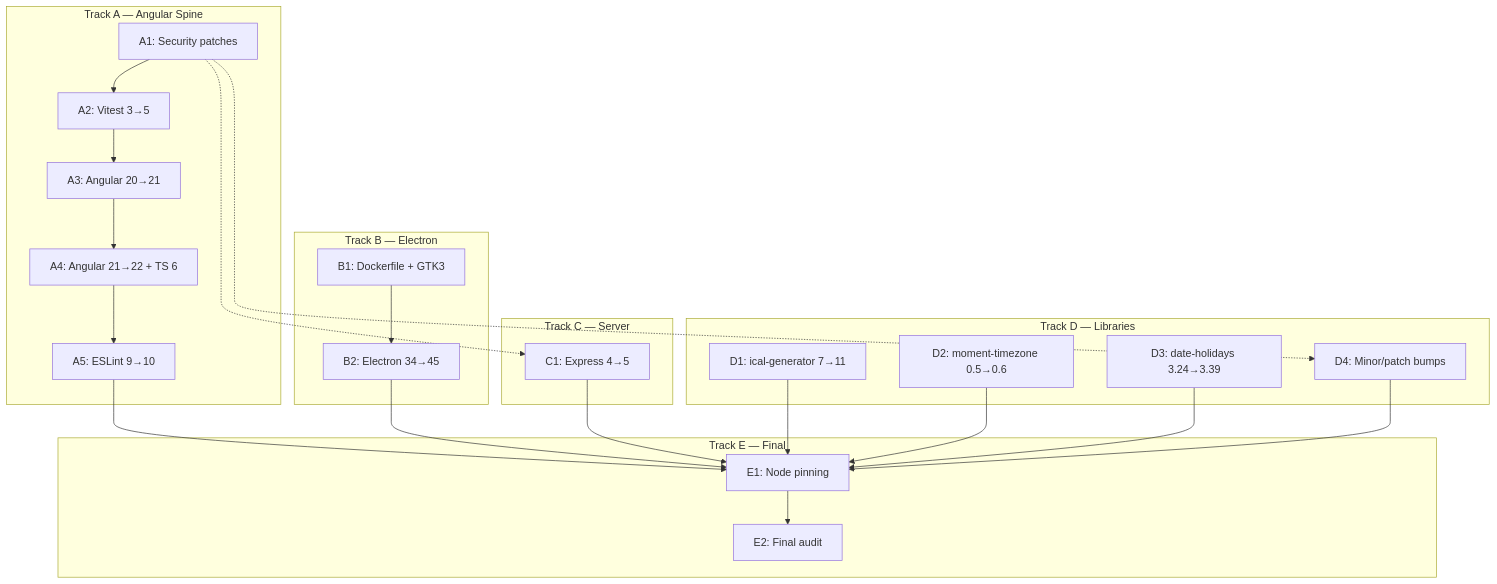
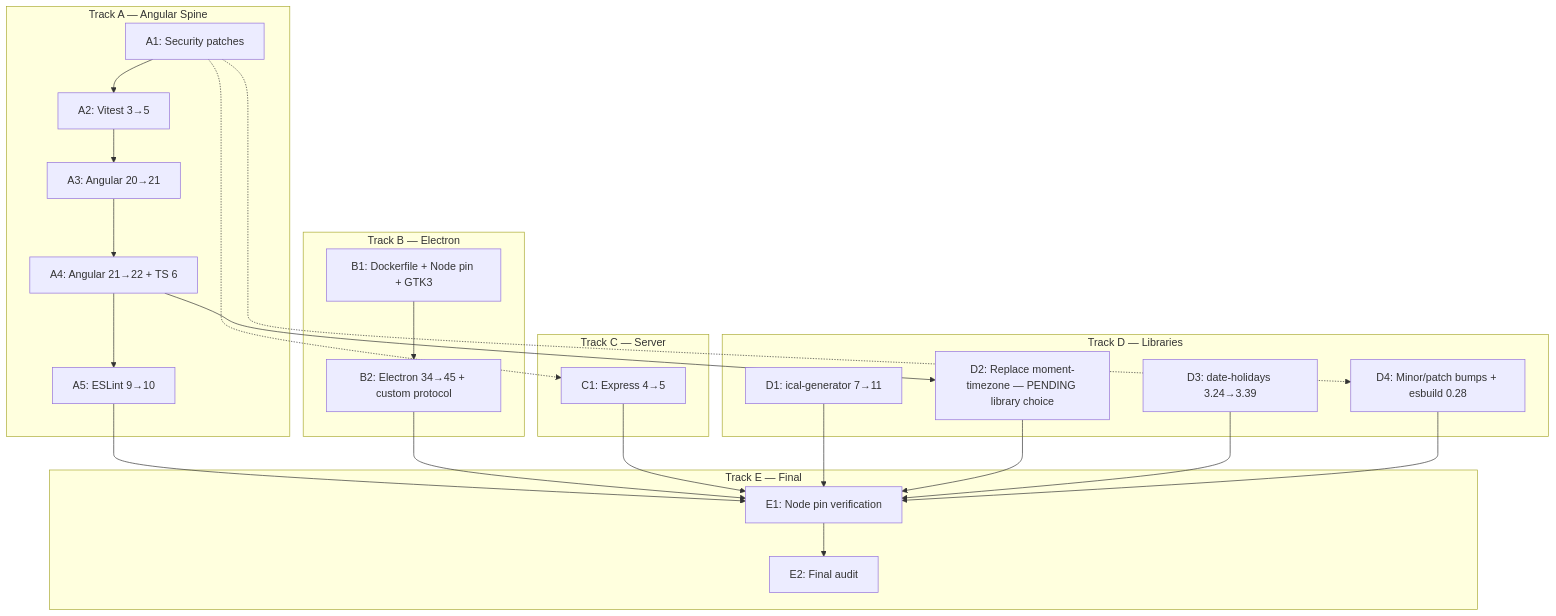
Before and after one commit to viegelinsch/duely: the diagram in TODO_UPGRADES.md, drawn with Mermaid. The commit also changed other lines of this file, not shown here.

First line of the commit message:
docs(upgrades): record all six upgrade-cycle decisions and pending library choice

````diff
--- a/TODO_UPGRADES.md
+++ b/TODO_UPGRADES.md
@@ -305,40 +333,41 @@
 ```mermaid
 graph TD
     subgraph "Track A — Angular Spine"
         A1[A1: Security patches] --> A2[A2: Vitest 3→5]
         A2 --> A3[A3: Angular 20→21]
         A3 --> A4[A4: Angular 21→22 + TS 6]
         A4 --> A5[A5: ESLint 9→10]
     end
 
     subgraph "Track B — Electron"
-        B1[B1: Dockerfile + GTK3] --> B2[B2: Electron 34→45]
+        B1[B1: Dockerfile + Node pin + GTK3] --> B2[B2: Electron 34→45 + custom protocol]
     end
 
     subgraph "Track C — Server"
         C1[C1: Express 4→5]
     end
 
     subgraph "Track D — Libraries"
         D1[D1: ical-generator 7→11]
-        D2[D2: moment-timezone 0.5→0.6]
+        D2[D2: Replace moment-timezone — PENDING library choice]
         D3[D3: date-holidays 3.24→3.39]
-        D4[D4: Minor/patch bumps]
+        D4[D4: Minor/patch bumps + esbuild 0.28]
     end
 
     subgraph "Track E — Final"
-        E1[E1: Node pinning]
+        E1[E1: Node pin verification]
         E2[E2: Final audit]
     end
 
     A1 -.-> C1
     A1 -.-> D4
+    A4 --> D2
     A5 --> E1
     B2 --> E1
     C1 --> E1
     D1 --> E1
     D2 --> E1
     D3 --> E1
     D4 --> E1
     E1 --> E2
 ```
````
